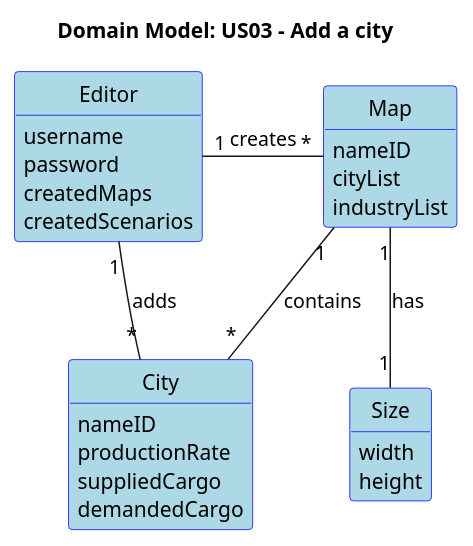
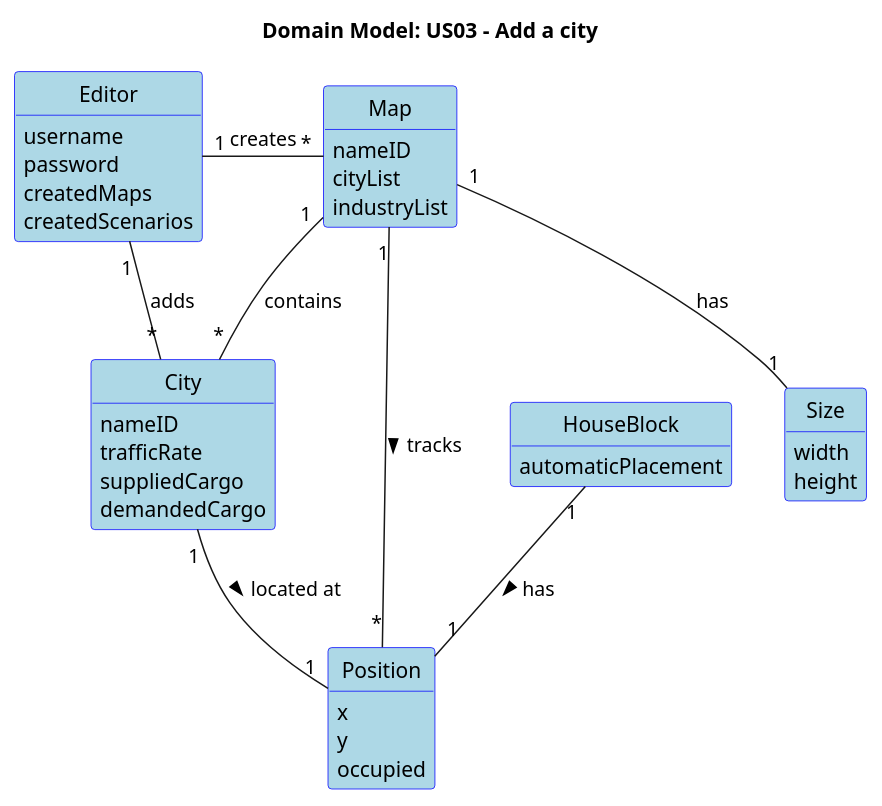
The diagram in docs/system-documentation/Sprint 2/US03/02.analysis/puml/US003-DM.puml (HenriqueSilva18/Railway-Network-Simulator), drawn with PlantUML before and after one commit. The commit also changed 22 other files, not shown here.

```diff
--- a/docs/system-documentation/Sprint 2/US03/02.analysis/puml/US003-DM.puml
+++ b/docs/system-documentation/Sprint 2/US03/02.analysis/puml/US003-DM.puml
@@ -1,56 +1,69 @@
 @startuml
 skinparam packageStyle rectangle
 skinparam shadowing false
 skinparam classAttributeIconSize 0
 skinparam class {
   BackgroundColor LightBlue
   BorderColor Blue
 }
 
 
 skinparam classAttributeIconSize 0
 
 hide circle
 hide methods
 
 title Domain Model: US03 - Add a city
 
 class Editor {
    username
    password
    createdMaps
    createdScenarios
 }
 
 class Map {
-   nameID
-   cityList
-   industryList
+  nameID
+  cityList
+  industryList
 }
 
 class Size {
-   width
-   height
+  width
+  height
 }
 
 class City {
-    nameID
-    productionRate
-    suppliedCargo
-    demandedCargo
+  nameID
+  trafficRate
+  suppliedCargo
+  demandedCargo
+}
+
+class HouseBlock {
+  automaticPlacement
+}
+
+class Position {
+  x
+  y
+  occupied
 }
 
 note left of City::houseBlocks
   houseBlocks have
   x and y coordinates
 end note
 
 
 Map "1" -- "*" City: contains
 
 Editor "1" -- "*" City: adds
 Editor "1" - "*" Map: creates
 
 Map "1" -- "1" Size: has
 
+Map "1" -- "*" Position : tracks >
+HouseBlock "1" -- "1" Position : has >
+City "1" -- "1" Position : located at >
 @enduml
```
